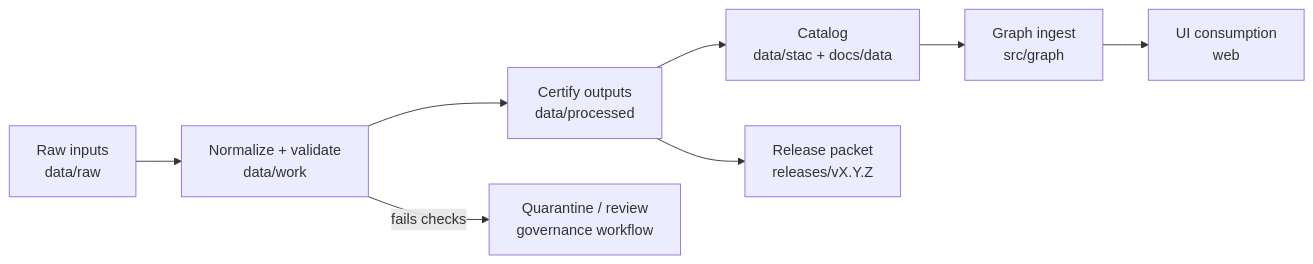
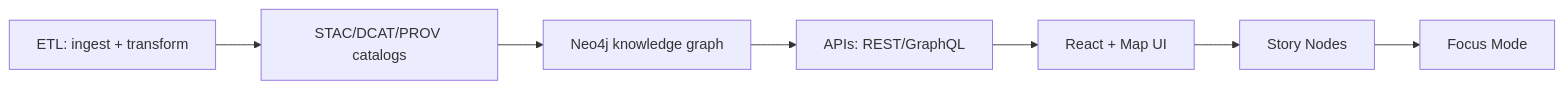
The diagram in README.md (bartytime4life/Kansas-Frontier-Matrix), drawn with Mermaid before and after one commit. The commit also changed other lines of this file, not shown here.

```diff
--- a/README.md
+++ b/README.md
@@ -314,10 +167,9 @@
 ~~~mermaid
 flowchart LR
-  A[Raw inputs<br/>data/raw] --> B[Normalize + validate<br/>data/work]
-  B --> C[Certify outputs<br/>data/processed]
-  C --> D[Catalog<br/>data/stac + docs/data]
-  D --> E[Graph ingest<br/>src/graph]
-  E --> F[UI consumption<br/>web]
-  C --> G[Release packet<br/>releases/vX.Y.Z]
-  B -->|fails checks| H[Quarantine / review<br/>governance workflow]
+  A[ETL: ingest + transform] --> B[STAC/DCAT/PROV catalogs]
+  B --> C[Neo4j knowledge graph]
+  C --> D[APIs: REST/GraphQL]
+  D --> E[React + Map UI]
+  E --> F[Story Nodes]
+  F --> G[Focus Mode]
 ~~~
```
